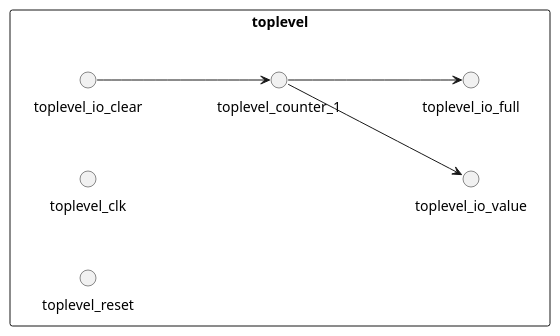
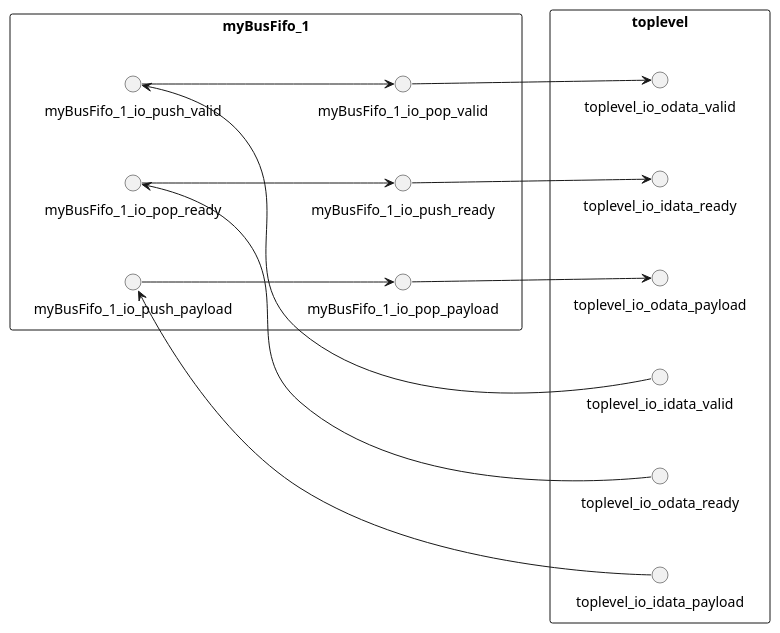
The diagram in bootcamp/mygraph.puml (ZhaokunHu/Plot_HDElk), drawn with PlantUML before and after one commit. The commit also changed 14 other files, not shown here.

Commit message:
初始化了顶层绘图

```diff
--- a/bootcamp/mygraph.puml
+++ b/bootcamp/mygraph.puml
@@ -1,14 +1,28 @@
 @startuml
 left to right direction
 rectangle toplevel{
-()toplevel_io_clear
-()toplevel_io_value
-()toplevel_io_full
-()toplevel_counter_1
-()toplevel_clk
-()toplevel_reset
+()toplevel_io_idata_valid
+()toplevel_io_idata_ready
+()toplevel_io_idata_payload
+()toplevel_io_odata_valid
+()toplevel_io_odata_ready
+()toplevel_io_odata_payload
 }
-toplevel_counter_1-->toplevel_io_value
-toplevel_counter_1-->toplevel_io_full
-toplevel_io_clear-->toplevel_counter_1
+rectangle myBusFifo_1{
+()myBusFifo_1_io_push_valid
+()myBusFifo_1_io_push_ready
+()myBusFifo_1_io_push_payload
+()myBusFifo_1_io_pop_valid
+()myBusFifo_1_io_pop_ready
+()myBusFifo_1_io_pop_payload
+}
+myBusFifo_1_io_push_ready-->toplevel_io_idata_ready
+myBusFifo_1_io_pop_valid-->toplevel_io_odata_valid
+myBusFifo_1_io_pop_payload-->toplevel_io_odata_payload
+toplevel_io_idata_valid-->myBusFifo_1_io_push_valid
+myBusFifo_1_io_pop_ready-->myBusFifo_1_io_push_ready
+toplevel_io_idata_payload-->myBusFifo_1_io_push_payload
+myBusFifo_1_io_push_valid-->myBusFifo_1_io_pop_valid
+toplevel_io_odata_ready-->myBusFifo_1_io_pop_ready
+myBusFifo_1_io_push_payload-->myBusFifo_1_io_pop_payload
 @enduml
```
